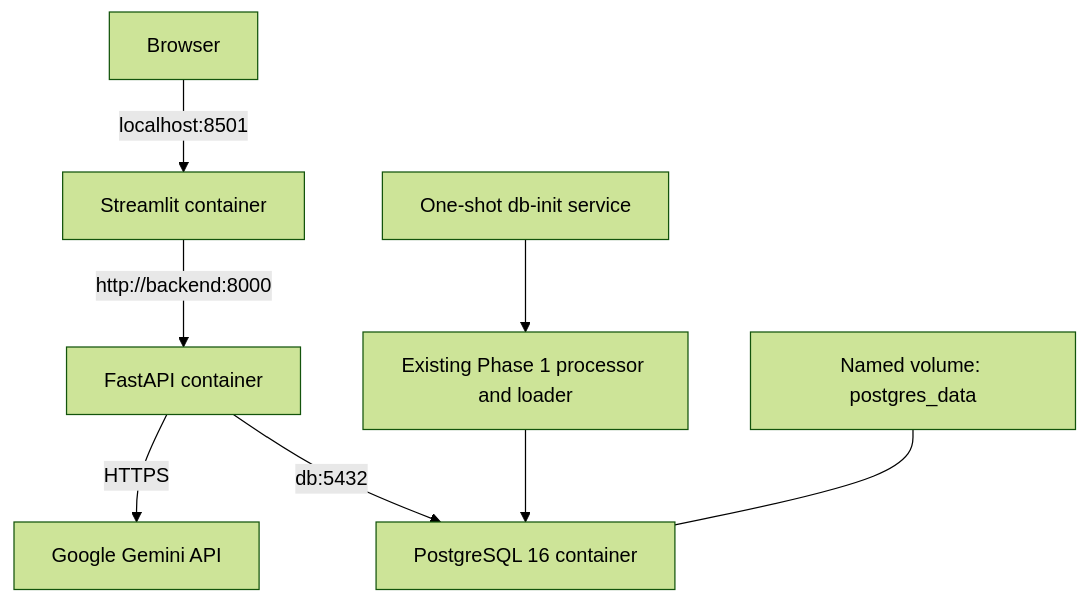
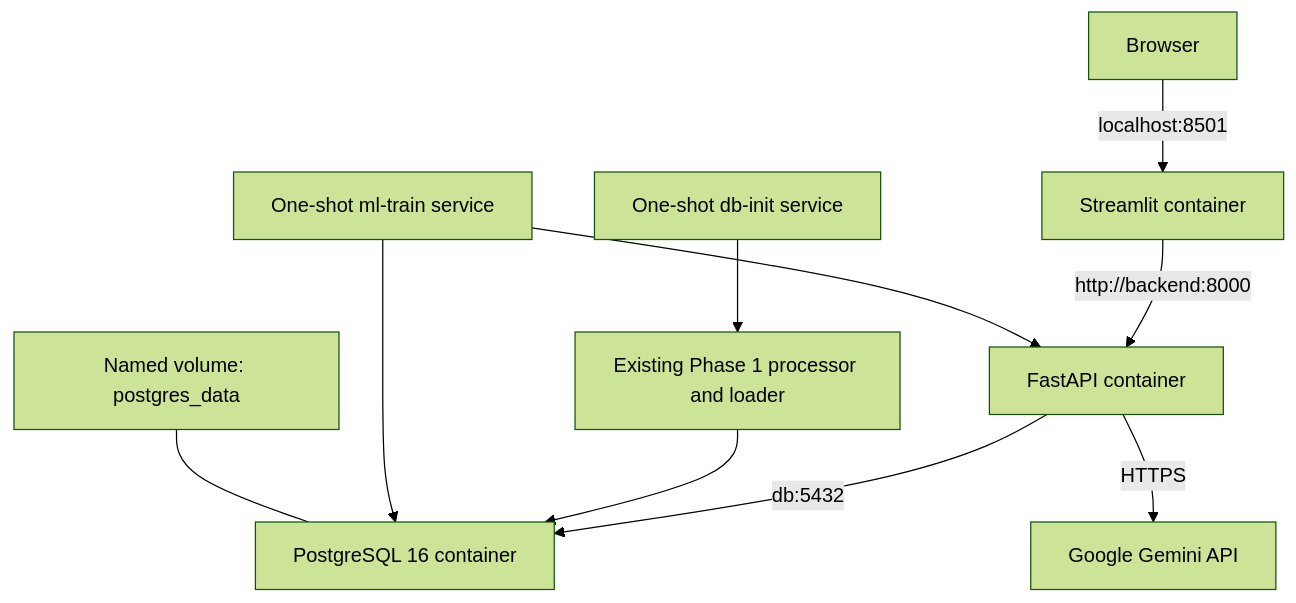
One commit to Pardhu156/Enterprise-AI-SQL-Analytics-Copilot changed the sixth of 7 diagrams in README.md. Above: the diagram before and after it, drawn with Mermaid (forest theme). The commit also changed other lines of this file and 50 other files, not shown here.

````diff
--- a/README.md
+++ b/README.md
@@ -509,10 +527,12 @@
 ```mermaid
 flowchart TD
     B["Browser"] -->|"localhost:8501"| F["Streamlit container"]
     F -->|"http://backend:8000"| A["FastAPI container"]
     A -->|"db:5432"| D["PostgreSQL 16 container"]
     A -->|"HTTPS"| G["Google Gemini API"]
     I["One-shot db-init service"] --> P["Existing Phase 1 processor and loader"]
     P --> D
+    M["One-shot ml-train service"] --> D
+    M --> A
     V["Named volume: postgres_data"] --- D
 ```
````
